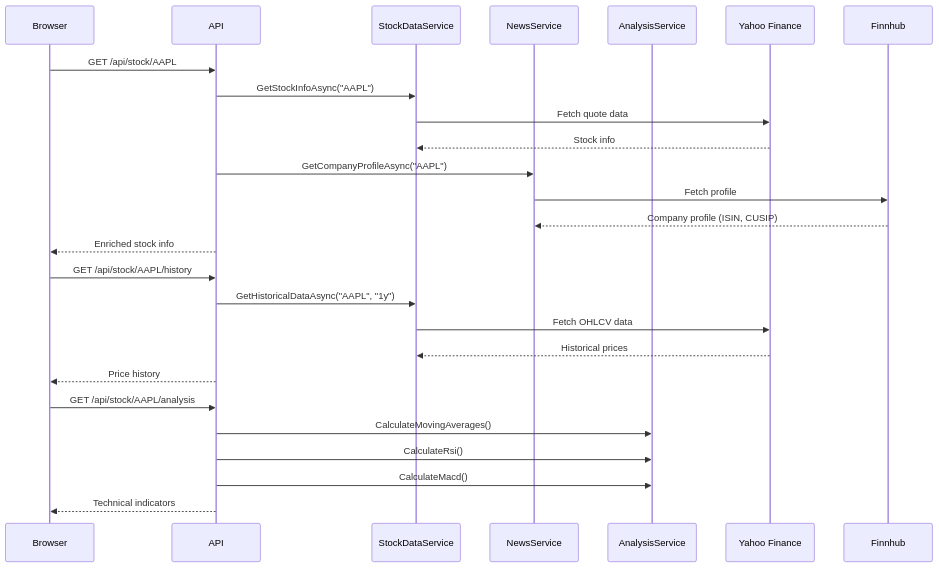
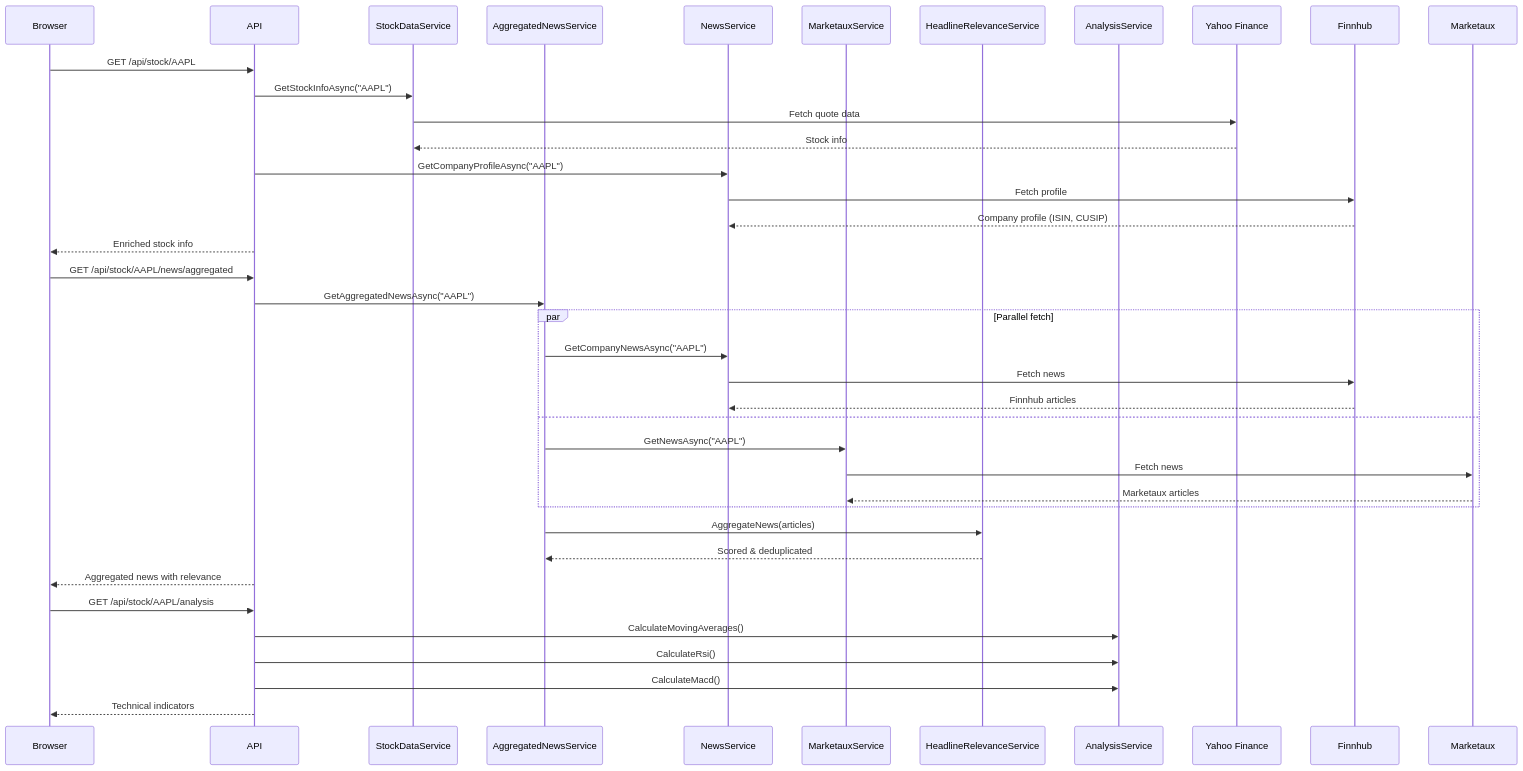
Before and after one commit to psford/claudeProjects: the diagram in stock_analyzer_dotnet/src/StockAnalyzer.Api/wwwroot/docs/diagrams/data-flow.mmd, drawn with Mermaid. The commit also changed 5 other files, not shown here.

First line of the commit message:
Update Mermaid diagrams to reflect current architecture

```diff
--- a/stock_analyzer_dotnet/src/StockAnalyzer.Api/wwwroot/docs/diagrams/data-flow.mmd
+++ b/stock_analyzer_dotnet/src/StockAnalyzer.Api/wwwroot/docs/diagrams/data-flow.mmd
@@ -1,30 +1,43 @@
 %% MANUAL - Update when API flow changes
 sequenceDiagram
     participant U as Browser
     participant A as API
     participant SDS as StockDataService
+    participant ANS as AggregatedNewsService
     participant NS as NewsService
+    participant MXS as MarketauxService
+    participant HRS as HeadlineRelevanceService
     participant AS as AnalysisService
     participant YF as Yahoo Finance
     participant FH as Finnhub
+    participant MX as Marketaux
 
     U->>A: GET /api/stock/AAPL
     A->>SDS: GetStockInfoAsync("AAPL")
     SDS->>YF: Fetch quote data
     YF-->>SDS: Stock info
     A->>NS: GetCompanyProfileAsync("AAPL")
     NS->>FH: Fetch profile
     FH-->>NS: Company profile (ISIN, CUSIP)
     A-->>U: Enriched stock info
 
-    U->>A: GET /api/stock/AAPL/history
-    A->>SDS: GetHistoricalDataAsync("AAPL", "1y")
-    SDS->>YF: Fetch OHLCV data
-    YF-->>SDS: Historical prices
-    A-->>U: Price history
+    U->>A: GET /api/stock/AAPL/news/aggregated
+    A->>ANS: GetAggregatedNewsAsync("AAPL")
+    par Parallel fetch
+        ANS->>NS: GetCompanyNewsAsync("AAPL")
+        NS->>FH: Fetch news
+        FH-->>NS: Finnhub articles
+    and
+        ANS->>MXS: GetNewsAsync("AAPL")
+        MXS->>MX: Fetch news
+        MX-->>MXS: Marketaux articles
+    end
+    ANS->>HRS: AggregateNews(articles)
+    HRS-->>ANS: Scored & deduplicated
+    A-->>U: Aggregated news with relevance
 
     U->>A: GET /api/stock/AAPL/analysis
     A->>AS: CalculateMovingAverages()
     A->>AS: CalculateRsi()
     A->>AS: CalculateMacd()
     A-->>U: Technical indicators
```
